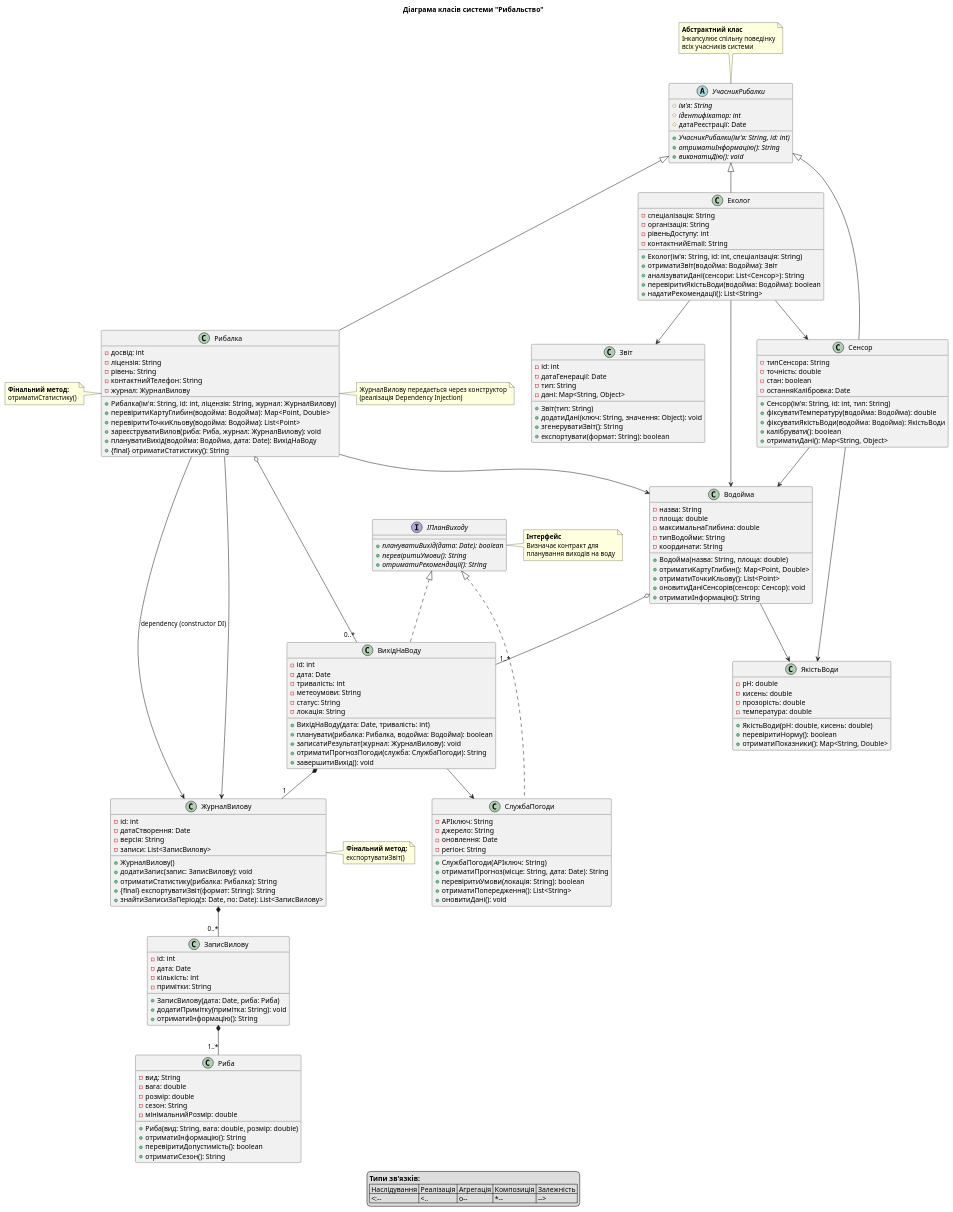
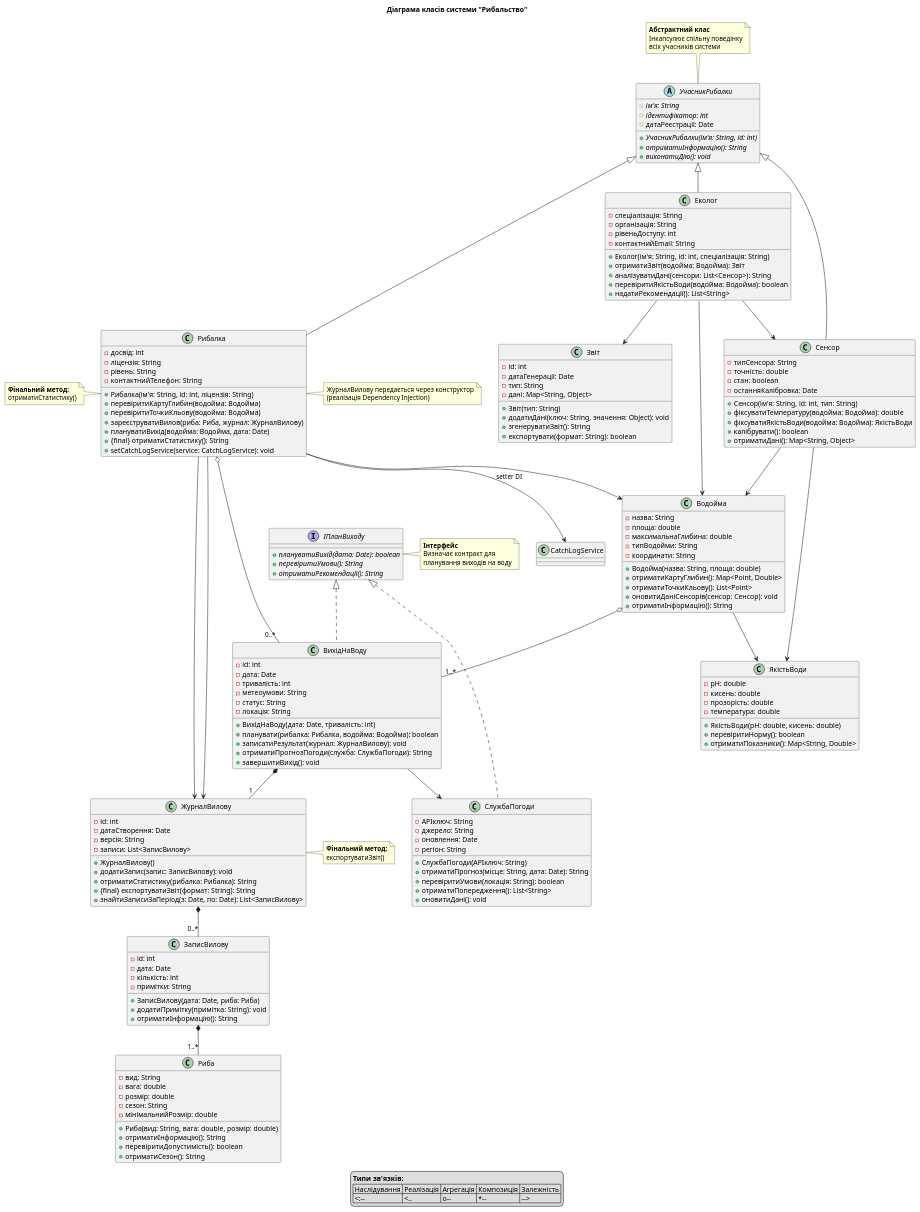
The diagram in docs/class.wsd (Yulianna8005/PR_2_OOP), drawn with PlantUML before and after one commit. The commit also changed 4 other files, not shown here.

```diff
--- a/docs/class.wsd
+++ b/docs/class.wsd
@@ -24,16 +24,19 @@
   - ліцензія: String
   - рівень: String
   - контактнийТелефон: String
-  - журнал: ЖурналВилову
-  + Рибалка(ім'я: String, id: int, ліцензія: String, журнал: ЖурналВилову)
-  + перевіритиКартуГлибин(водойма: Водойма): Map<Point, Double>
-  + перевіритиТочкиКльову(водойма: Водойма): List<Point>
-  + зареєструватиВилов(риба: Риба, журнал: ЖурналВилову): void
-  + плануватиВихід(водойма: Водойма, дата: Date): ВихідНаВоду
+  + Рибалка(ім'я: String, id: int, ліцензія: String)
+  + перевіритиКартуГлибин(водойма: Водойма)
+  + перевіритиТочкиКльову(водойма: Водойма)
+  + зареєструватиВилов(риба: Риба, журнал: ЖурналВилову)
+  + плануватиВихід(водойма: Водойма, дата: Date)
   + {final} отриматиСтатистику(): String
+  + setCatchLogService(service: CatchLogService): void   
 }
 
-Рибалка --> ЖурналВилову : dependency (constructor DI)
+Рибалка --> ЖурналВилову
+Рибалка --> CatchLogService : setter DI   
+
+
 
 note right of Рибалка
   ЖурналВилову передається через конструктор
```
